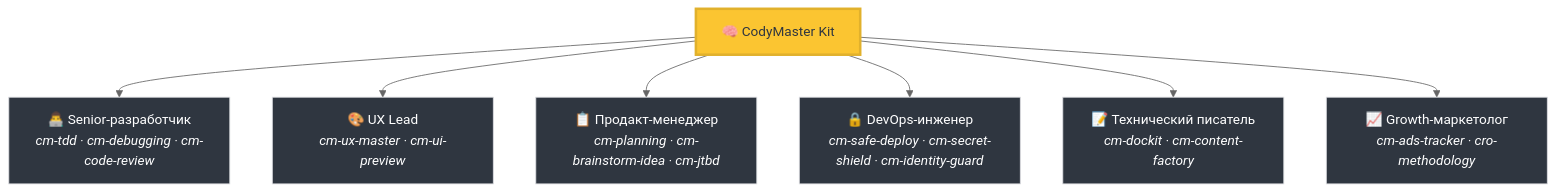
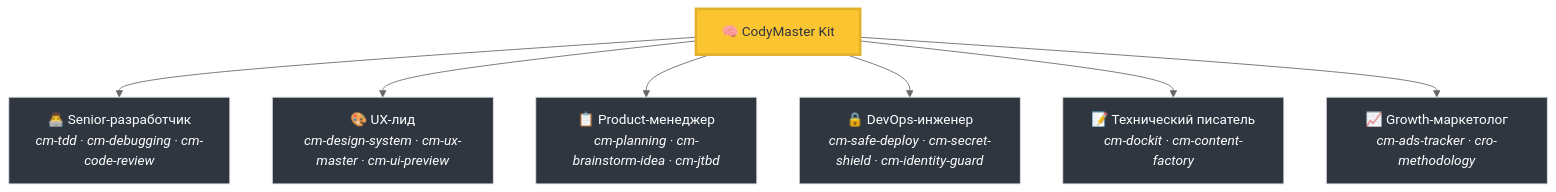
The first of 3 diagrams in README-ru.md (tody-agent/codymaster), drawn with Mermaid (neutral theme) before and after one commit. The commit also changed other lines of this file and 57 other files, not shown here.

````diff
--- a/README-ru.md
+++ b/README-ru.md
@@ -56,12 +56,12 @@
 ```mermaid
 graph TD
     A["🧠 CodyMaster Kit"] --> B["👨‍💻 Senior-разработчик<br/><i>cm-tdd · cm-debugging · cm-code-review</i>"]
-    A --> C["🎨 UX Lead<br/><i>cm-ux-master · cm-ui-preview</i>"]
-    A --> D["📋 Продакт-менеджер<br/><i>cm-planning · cm-brainstorm-idea · cm-jtbd</i>"]
+    A --> C["🎨 UX-лид<br/><i>cm-design-system · cm-ux-master · cm-ui-preview</i>"]
+    A --> D["📋 Product-менеджер<br/><i>cm-planning · cm-brainstorm-idea · cm-jtbd</i>"]
     A --> E["🔒 DevOps-инженер<br/><i>cm-safe-deploy · cm-secret-shield · cm-identity-guard</i>"]
     A --> F["📝 Технический писатель<br/><i>cm-dockit · cm-content-factory</i>"]
     A --> G["📈 Growth-маркетолог<br/><i>cm-ads-tracker · cro-methodology</i>"]
     style A fill:#fbc531,stroke:#e1b12c,color:#2f3640,stroke-width:3px
     classDef team fill:#2f3640,stroke:#dcdde1,stroke-width:1px,color:#fff;
     class B,C,D,E,F,G team;
 ```
````
